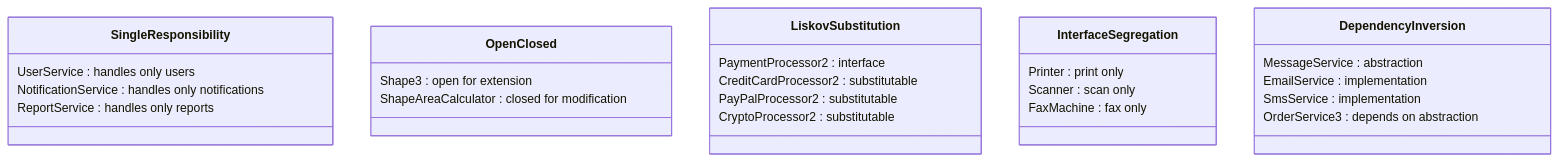
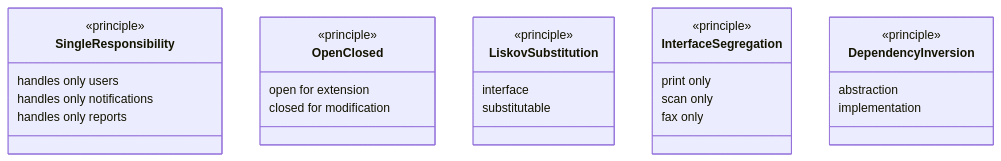
The sixth of 6 diagrams in oop-fundamentals/diagrams/class-hierarchy.md (javaengineeringacademy/java-engineering-academy), drawn with Mermaid before and after one commit. The commit also changed 31 other files, not shown here.

````diff
--- a/oop-fundamentals/diagrams/class-hierarchy.md
+++ b/oop-fundamentals/diagrams/class-hierarchy.md
@@ -234,35 +234,36 @@
 ```mermaid
 classDiagram
     direction TB
     
     class SingleResponsibility {
-        UserService : handles only users
-        NotificationService : handles only notifications
-        ReportService : handles only reports
+        <<principle>>
+        handles only users
+        handles only notifications
+        handles only reports
     }
     
     class OpenClosed {
-        Shape3 : open for extension
-        ShapeAreaCalculator : closed for modification
+        <<principle>>
+        open for extension
+        closed for modification
     }
     
     class LiskovSubstitution {
-        PaymentProcessor2 : interface
-        CreditCardProcessor2 : substitutable
-        PayPalProcessor2 : substitutable
-        CryptoProcessor2 : substitutable
+        <<principle>>
+        interface
+        substitutable
     }
     
     class InterfaceSegregation {
-        Printer : print only
-        Scanner : scan only
-        FaxMachine : fax only
+        <<principle>>
+        print only
+        scan only
+        fax only
     }
     
     class DependencyInversion {
-        MessageService : abstraction
-        EmailService : implementation
-        SmsService : implementation
-        OrderService3 : depends on abstraction
+        <<principle>>
+        abstraction
+        implementation
     }
 ```
````
